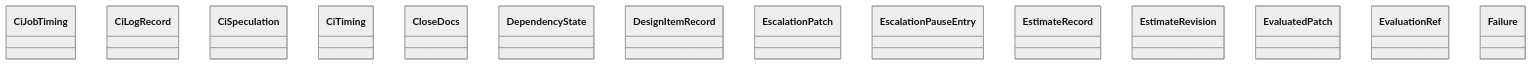
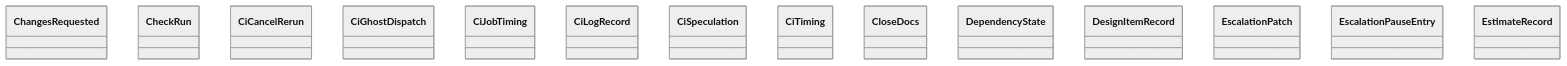
Before and after one commit to GonzaloZevallos/agentic-system: the diagram in docs/architecture/generated/classes-process-domain-state-4.md, drawn with Mermaid (neutral theme). The commit also changed other lines of this file and 13 other files, not shown here.

First line of the commit message:
Add pure spec-delivery rules: line parse, state patch, hash check, slice risks (GH-594 4a)

````diff
--- a/docs/architecture/generated/classes-process-domain-state-4.md
+++ b/docs/architecture/generated/classes-process-domain-state-4.md
@@ -27,17 +27,17 @@
 ```mermaid
 classDiagram
+    class task__ChangesRequested["ChangesRequested"]
+    class task__CheckRun["CheckRun"]
+    class task__CiCancelRerun["CiCancelRerun"]
+    class task__CiGhostDispatch["CiGhostDispatch"]
     class task__CiJobTiming["CiJobTiming"]
     class task__CiLogRecord["CiLogRecord"]
     class task__CiSpeculation["CiSpeculation"]
     class task__CiTiming["CiTiming"]
     class task__CloseDocs["CloseDocs"]
     class task__DependencyState["DependencyState"]
     class task__DesignItemRecord["DesignItemRecord"]
     class task__EscalationPatch["EscalationPatch"]
     class task__EscalationPauseEntry["EscalationPauseEntry"]
     class task__EstimateRecord["EstimateRecord"]
-    class task__EstimateRevision["EstimateRevision"]
-    class task__EvaluatedPatch["EvaluatedPatch"]
-    class task__EvaluationRef["EvaluationRef"]
-    class task__Failure["Failure"]
 ```
````
